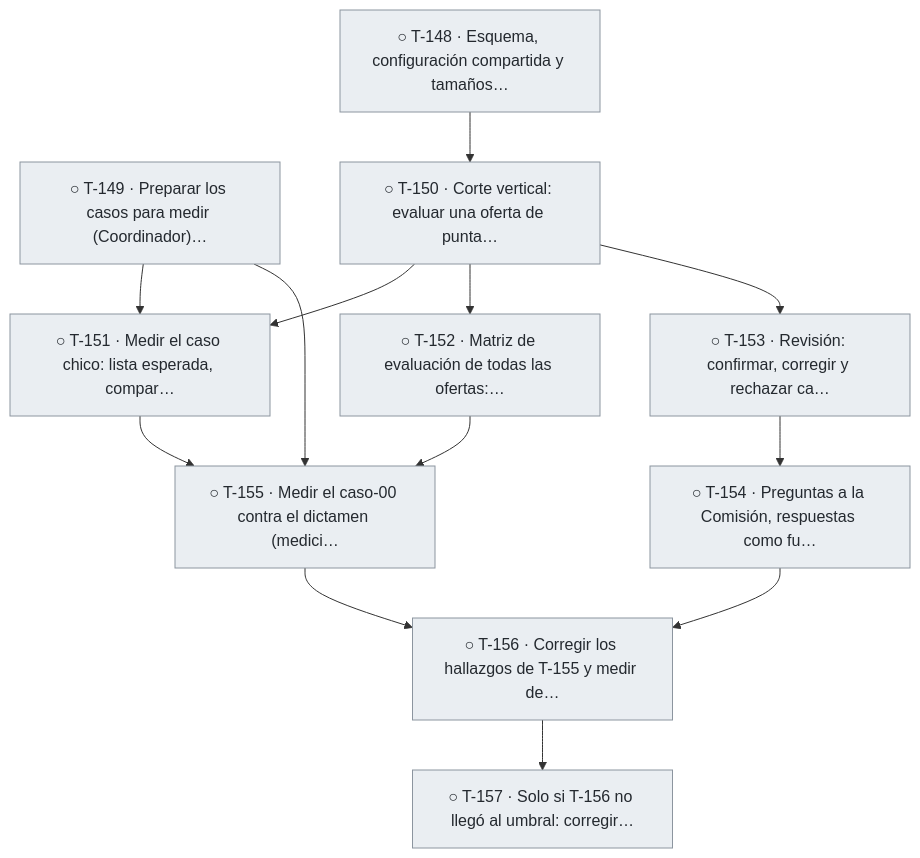
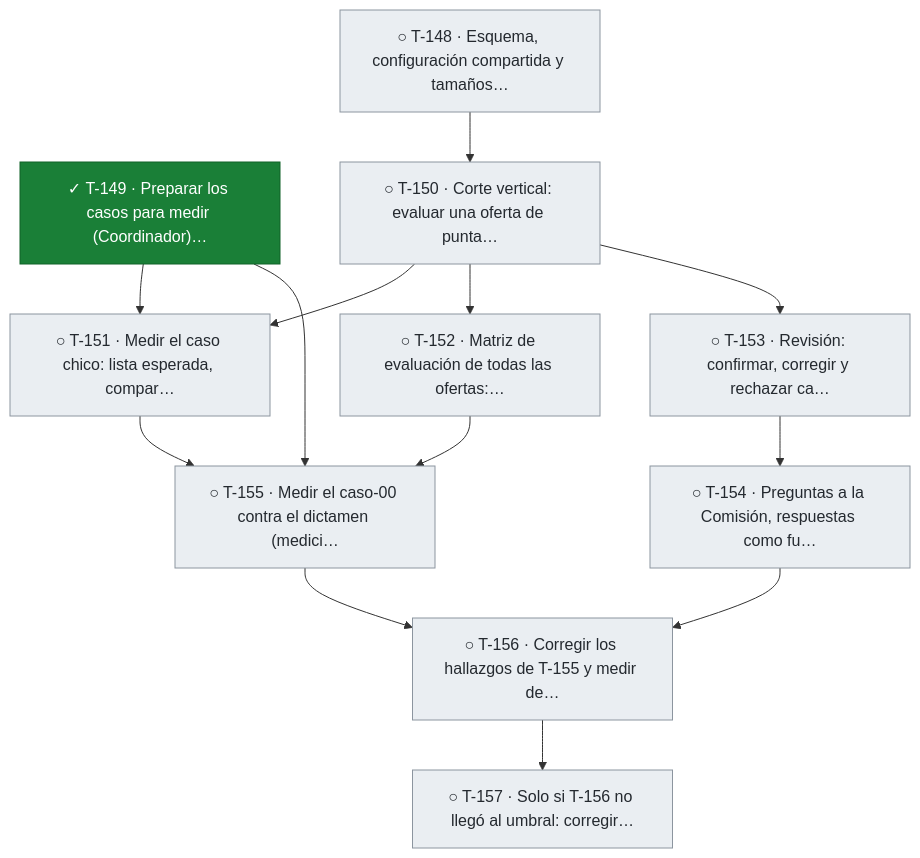
One commit to snavello/EVALUON changed the seventh of 11 diagrams in docs/tablero.md. Above: the diagram before and after it, drawn with Mermaid. The commit also changed other lines of this file and 1 other file, not shown here.

````diff
--- a/docs/tablero.md
+++ b/docs/tablero.md
@@ -685,30 +685,30 @@
 ```mermaid
 flowchart TD
   T148["○ T-148 · Esquema, configuración compartida y tamaños…"]:::todo
-  T149["○ T-149 · Preparar los casos para medir (Coordinador)…"]:::todo
+  T149["✓ T-149 · Preparar los casos para medir (Coordinador)…"]:::done
   T150["○ T-150 · Corte vertical: evaluar una oferta de punta…"]:::todo
   T151["○ T-151 · Medir el caso chico: lista esperada, compar…"]:::todo
   T152["○ T-152 · Matriz de evaluación de todas las ofertas:…"]:::todo
   T153["○ T-153 · Revisión: confirmar, corregir y rechazar ca…"]:::todo
   T154["○ T-154 · Preguntas a la Comisión, respuestas como fu…"]:::todo
   T155["○ T-155 · Medir el caso-00 contra el dictamen (medici…"]:::todo
   T156["○ T-156 · Corregir los hallazgos de T-155 y medir de…"]:::todo
   T157["○ T-157 · Solo si T-156 no llegó al umbral: corregir…"]:::todo
   T148 --> T150
   T149 --> T151
   T150 --> T151
   T150 --> T152
   T150 --> T153
   T153 --> T154
   T149 --> T155
   T151 --> T155
   T152 --> T155
   T154 --> T156
   T155 --> T156
   T156 --> T157
   classDef done fill:#1a7f37,stroke:#116329,color:#ffffff
   classDef review fill:#0969da,stroke:#0550ae,color:#ffffff
   classDef active fill:#bf8700,stroke:#7d4e00,color:#ffffff
   classDef blocked fill:#cf222e,stroke:#a40e26,color:#ffffff
   classDef todo fill:#eaeef2,stroke:#8c959f,color:#24292f
 ```
````
